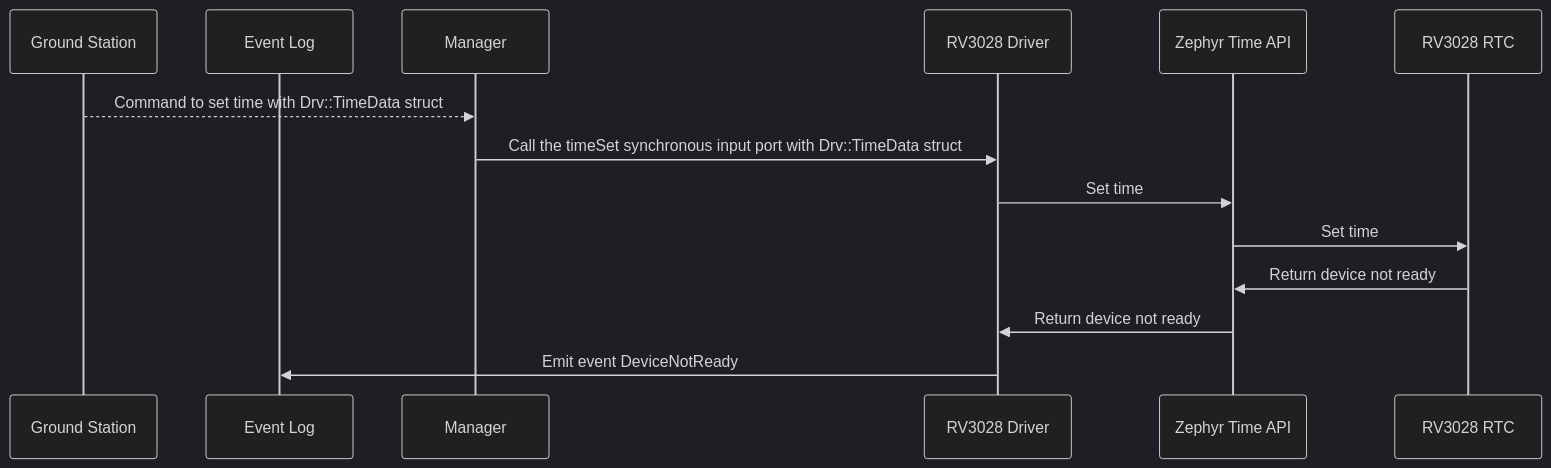
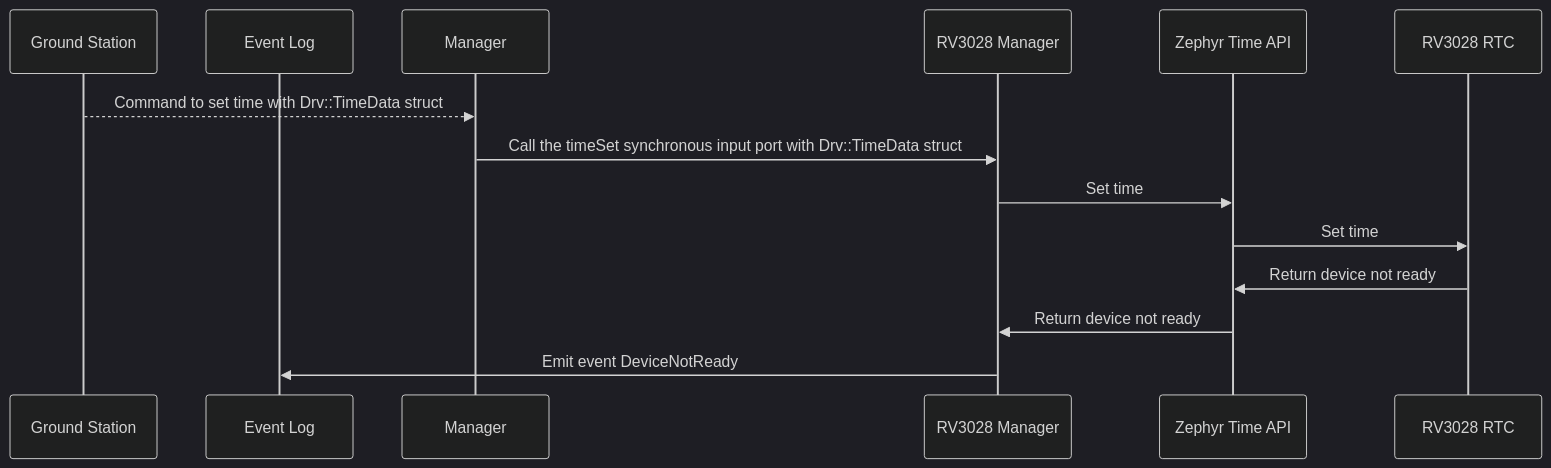
One commit to Open-Source-Space-Foundation/proves-core-reference changed the seventh of 8 diagrams in FprimeZephyrReference/Components/Drv/Rv3028Manager/docs/sdd.md. Above: the diagram before and after it, drawn with Mermaid (dark theme). The commit also changed other lines of this file and 8 other files, not shown here.

Commit message:
Rename references from Rv3028Driver to Rv3028Manager

````diff
--- a/FprimeZephyrReference/Components/Drv/Rv3028Manager/docs/sdd.md
+++ b/FprimeZephyrReference/Components/Drv/Rv3028Manager/docs/sdd.md
@@ -166,16 +166,16 @@
 ```mermaid
 sequenceDiagram
     participant Ground Station
     participant Event Log
     participant Manager
-    participant RV3028 Driver
+    participant RV3028 Manager
     participant Zephyr Time API
     participant RV3028 RTC
     Ground Station-->>Manager: Command to set time with Drv::TimeData struct
-    Manager->>RV3028 Driver: Call the timeSet synchronous input port with Drv::TimeData struct
-    RV3028 Driver->>Zephyr Time API: Set time
+    Manager->>RV3028 Manager: Call the timeSet synchronous input port with Drv::TimeData struct
+    RV3028 Manager->>Zephyr Time API: Set time
     Zephyr Time API->>RV3028 RTC: Set time
     RV3028 RTC->>Zephyr Time API: Return device not ready
-    Zephyr Time API->>RV3028 Driver: Return device not ready
-    RV3028 Driver->>Event Log: Emit event DeviceNotReady
+    Zephyr Time API->>RV3028 Manager: Return device not ready
+    RV3028 Manager->>Event Log: Emit event DeviceNotReady
 ```
````
